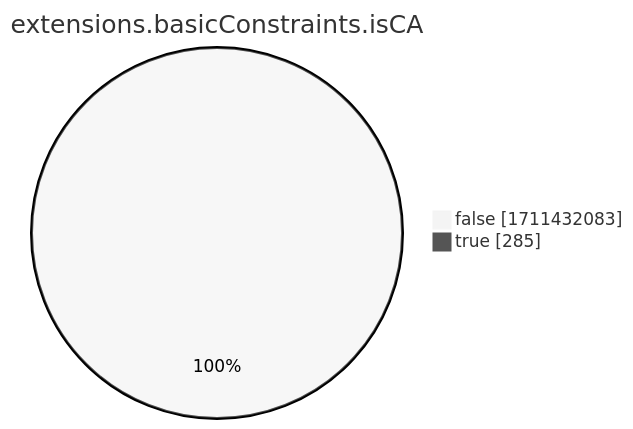
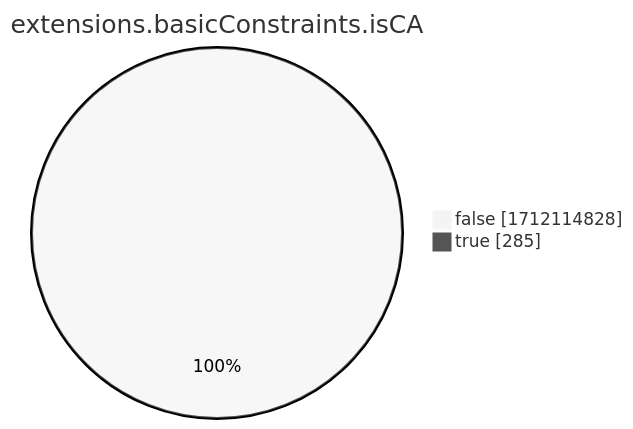
One commit to christiankrug/ctmonitor_visualization changed the eighth of 15 diagrams in xenon2022/README.md. Above: the diagram before and after it, drawn with Mermaid (neutral theme). The commit also changed other lines of this file, not shown here.

````diff
--- a/xenon2022/README.md
+++ b/xenon2022/README.md
@@ -2866,6 +2866,6 @@
 ```mermaid
 pie showData
 title extensions.basicConstraints.isCA
-"false" :1711432083
+"false" :1712114828
 "true" :285
 ```
````
